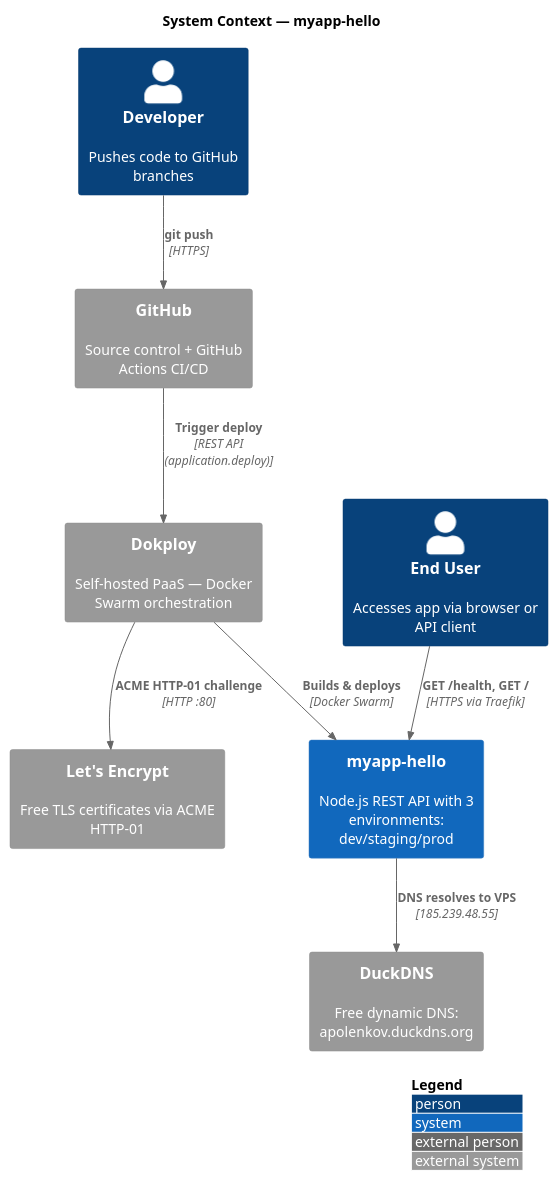
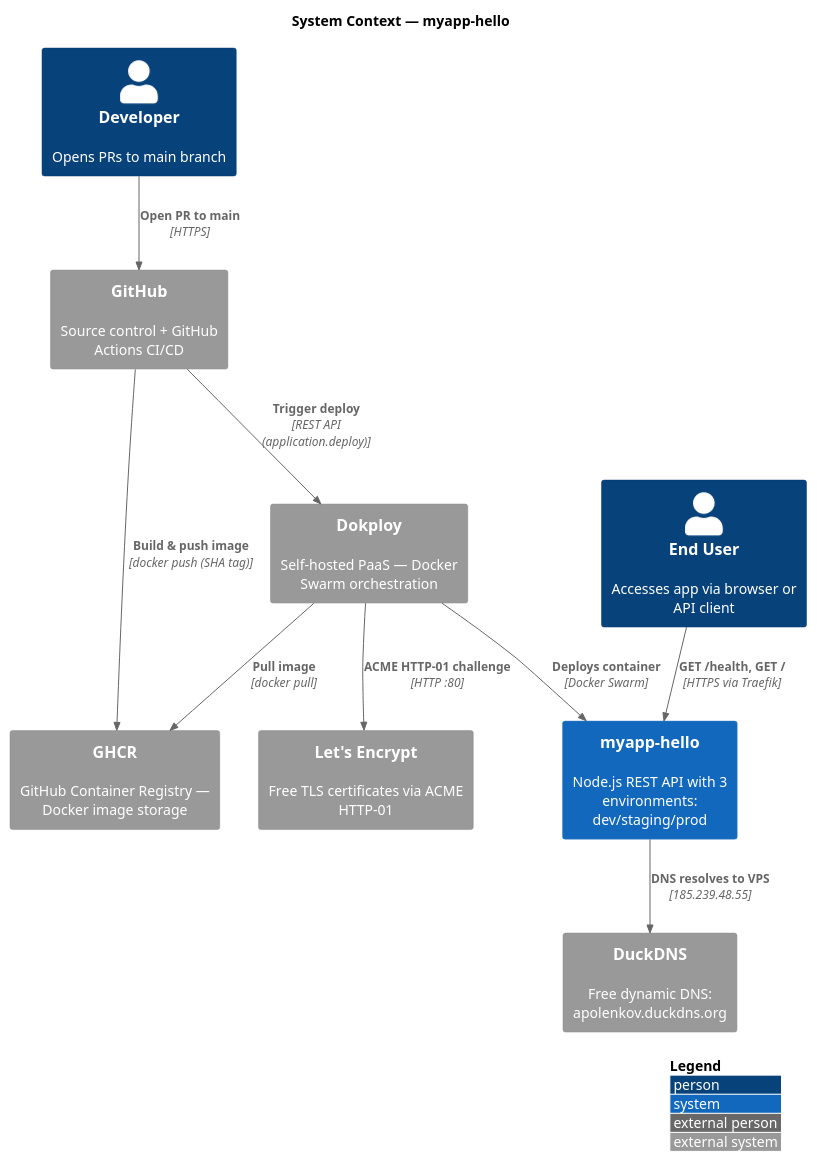
One commit to apolenkov/myapp-hello changed the first of 4 diagrams in docs/architecture.md. Above: the diagram before and after it, drawn with PlantUML. The commit also changed other lines of this file and 48 other files, not shown here.

````diff
--- a/docs/architecture.md
+++ b/docs/architecture.md
@@ -12,20 +12,23 @@
 ```plantuml
 @startuml
 !include https://raw.githubusercontent.com/plantuml-stdlib/C4-PlantUML/master/C4_Context.puml
 title System Context — myapp-hello
-Person(dev, "Developer", "Pushes code to GitHub branches")
+Person(dev, "Developer", "Opens PRs to main branch")
 Person(user, "End User", "Accesses app via browser or API client")
 System(myapp, "myapp-hello", "Node.js REST API with 3 environments: dev/staging/prod")
 System_Ext(github, "GitHub", "Source control + GitHub Actions CI/CD")
+System_Ext(ghcr, "GHCR", "GitHub Container Registry — Docker image storage")
 System_Ext(dokploy, "Dokploy", "Self-hosted PaaS — Docker Swarm orchestration")
 System_Ext(duckdns, "DuckDNS", "Free dynamic DNS: apolenkov.duckdns.org")
 System_Ext(letsencrypt, "Let's Encrypt", "Free TLS certificates via ACME HTTP-01")
-Rel(dev, github, "git push", "HTTPS")
+Rel(dev, github, "Open PR to main", "HTTPS")
+Rel(github, ghcr, "Build & push image", "docker push (SHA tag)")
 Rel(github, dokploy, "Trigger deploy", "REST API (application.deploy)")
-Rel(dokploy, myapp, "Builds & deploys", "Docker Swarm")
+Rel(dokploy, ghcr, "Pull image", "docker pull")
+Rel(dokploy, myapp, "Deploys container", "Docker Swarm")
 Rel(user, myapp, "GET /health, GET /", "HTTPS via Traefik")
 Rel(myapp, duckdns, "DNS resolves to VPS", "185.239.48.55")
 Rel(dokploy, letsencrypt, "ACME HTTP-01 challenge", "HTTP :80")
 LAYOUT_WITH_LEGEND()
 @enduml
 ```
````
